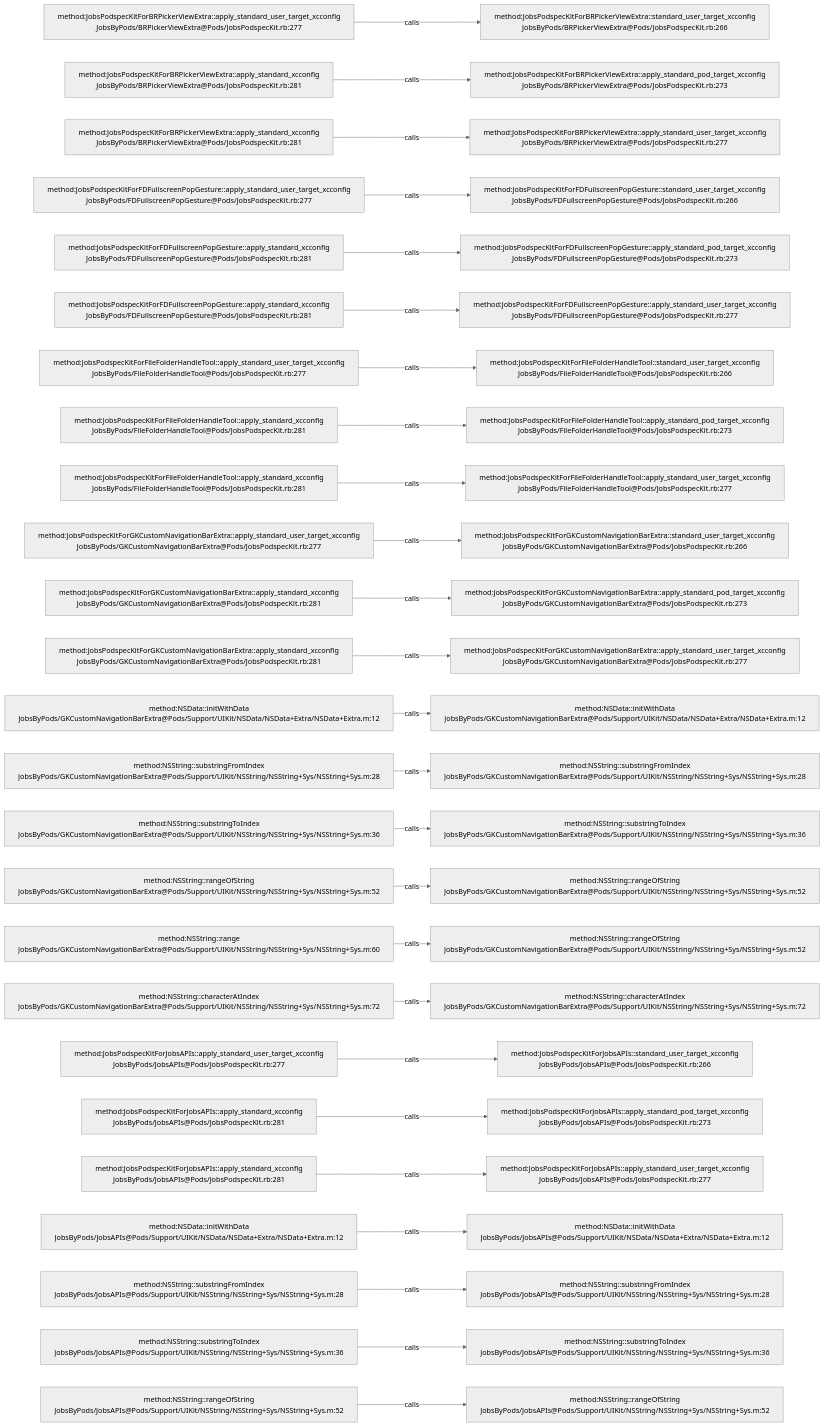
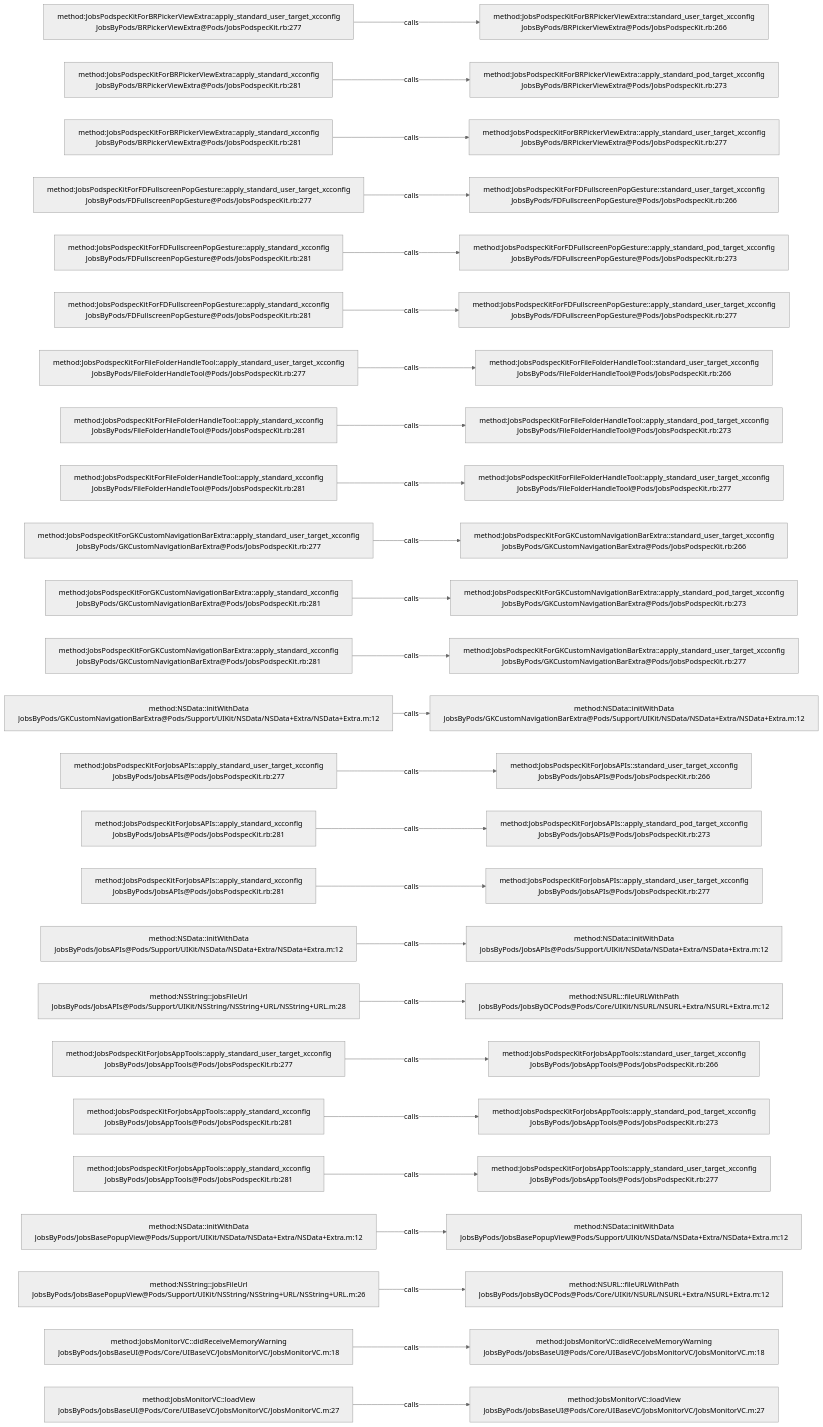
One commit to JobsKits/JobsOCBaseConfigDemo changed the diagram in .codegraph/codegraph.md/graphs/calls-001.md. Above: the diagram before and after it, drawn with Mermaid (neutral theme). The commit also changed 1448 other files, not shown here.

````diff
--- a/.codegraph/codegraph.md/graphs/calls-001.md
+++ b/.codegraph/codegraph.md/graphs/calls-001.md
@@ -13,78 +13,78 @@
 ```mermaid
 flowchart LR
   S1["method:JobsPodspecKitForBRPickerViewExtra::apply_standard_user_target_xcconfig<br/>JobsByPods/BRPickerViewExtra@Pods/JobsPodspecKit.rb:277"]
   T1["method:JobsPodspecKitForBRPickerViewExtra::standard_user_target_xcconfig<br/>JobsByPods/BRPickerViewExtra@Pods/JobsPodspecKit.rb:266"]
   S1 -->|calls| T1
   S2["method:JobsPodspecKitForBRPickerViewExtra::apply_standard_xcconfig<br/>JobsByPods/BRPickerViewExtra@Pods/JobsPodspecKit.rb:281"]
   T2["method:JobsPodspecKitForBRPickerViewExtra::apply_standard_pod_target_xcconfig<br/>JobsByPods/BRPickerViewExtra@Pods/JobsPodspecKit.rb:273"]
   S2 -->|calls| T2
   S3["method:JobsPodspecKitForBRPickerViewExtra::apply_standard_xcconfig<br/>JobsByPods/BRPickerViewExtra@Pods/JobsPodspecKit.rb:281"]
   T3["method:JobsPodspecKitForBRPickerViewExtra::apply_standard_user_target_xcconfig<br/>JobsByPods/BRPickerViewExtra@Pods/JobsPodspecKit.rb:277"]
   S3 -->|calls| T3
   S4["method:JobsPodspecKitForFDFullscreenPopGesture::apply_standard_user_target_xcconfig<br/>JobsByPods/FDFullscreenPopGesture@Pods/JobsPodspecKit.rb:277"]
   T4["method:JobsPodspecKitForFDFullscreenPopGesture::standard_user_target_xcconfig<br/>JobsByPods/FDFullscreenPopGesture@Pods/JobsPodspecKit.rb:266"]
   S4 -->|calls| T4
   S5["method:JobsPodspecKitForFDFullscreenPopGesture::apply_standard_xcconfig<br/>JobsByPods/FDFullscreenPopGesture@Pods/JobsPodspecKit.rb:281"]
   T5["method:JobsPodspecKitForFDFullscreenPopGesture::apply_standard_pod_target_xcconfig<br/>JobsByPods/FDFullscreenPopGesture@Pods/JobsPodspecKit.rb:273"]
   S5 -->|calls| T5
   S6["method:JobsPodspecKitForFDFullscreenPopGesture::apply_standard_xcconfig<br/>JobsByPods/FDFullscreenPopGesture@Pods/JobsPodspecKit.rb:281"]
   T6["method:JobsPodspecKitForFDFullscreenPopGesture::apply_standard_user_target_xcconfig<br/>JobsByPods/FDFullscreenPopGesture@Pods/JobsPodspecKit.rb:277"]
   S6 -->|calls| T6
   S7["method:JobsPodspecKitForFileFolderHandleTool::apply_standard_user_target_xcconfig<br/>JobsByPods/FileFolderHandleTool@Pods/JobsPodspecKit.rb:277"]
   T7["method:JobsPodspecKitForFileFolderHandleTool::standard_user_target_xcconfig<br/>JobsByPods/FileFolderHandleTool@Pods/JobsPodspecKit.rb:266"]
   S7 -->|calls| T7
   S8["method:JobsPodspecKitForFileFolderHandleTool::apply_standard_xcconfig<br/>JobsByPods/FileFolderHandleTool@Pods/JobsPodspecKit.rb:281"]
   T8["method:JobsPodspecKitForFileFolderHandleTool::apply_standard_pod_target_xcconfig<br/>JobsByPods/FileFolderHandleTool@Pods/JobsPodspecKit.rb:273"]
   S8 -->|calls| T8
   S9["method:JobsPodspecKitForFileFolderHandleTool::apply_standard_xcconfig<br/>JobsByPods/FileFolderHandleTool@Pods/JobsPodspecKit.rb:281"]
   T9["method:JobsPodspecKitForFileFolderHandleTool::apply_standard_user_target_xcconfig<br/>JobsByPods/FileFolderHandleTool@Pods/JobsPodspecKit.rb:277"]
   S9 -->|calls| T9
   S10["method:JobsPodspecKitForGKCustomNavigationBarExtra::apply_standard_user_target_xcconfig<br/>JobsByPods/GKCustomNavigationBarExtra@Pods/JobsPodspecKit.rb:277"]
   T10["method:JobsPodspecKitForGKCustomNavigationBarExtra::standard_user_target_xcconfig<br/>JobsByPods/GKCustomNavigationBarExtra@Pods/JobsPodspecKit.rb:266"]
   S10 -->|calls| T10
   S11["method:JobsPodspecKitForGKCustomNavigationBarExtra::apply_standard_xcconfig<br/>JobsByPods/GKCustomNavigationBarExtra@Pods/JobsPodspecKit.rb:281"]
   T11["method:JobsPodspecKitForGKCustomNavigationBarExtra::apply_standard_pod_target_xcconfig<br/>JobsByPods/GKCustomNavigationBarExtra@Pods/JobsPodspecKit.rb:273"]
   S11 -->|calls| T11
   S12["method:JobsPodspecKitForGKCustomNavigationBarExtra::apply_standard_xcconfig<br/>JobsByPods/GKCustomNavigationBarExtra@Pods/JobsPodspecKit.rb:281"]
   T12["method:JobsPodspecKitForGKCustomNavigationBarExtra::apply_standard_user_target_xcconfig<br/>JobsByPods/GKCustomNavigationBarExtra@Pods/JobsPodspecKit.rb:277"]
   S12 -->|calls| T12
   S13["method:NSData::initWithData<br/>JobsByPods/GKCustomNavigationBarExtra@Pods/Support/UIKit/NSData/NSData+Extra/NSData+Extra.m:12"]
   T13["method:NSData::initWithData<br/>JobsByPods/GKCustomNavigationBarExtra@Pods/Support/UIKit/NSData/NSData+Extra/NSData+Extra.m:12"]
   S13 -->|calls| T13
-  S14["method:NSString::substringFromIndex<br/>JobsByPods/GKCustomNavigationBarExtra@Pods/Support/UIKit/NSString/NSString+Sys/NSString+Sys.m:28"]
-  T14["method:NSString::substringFromIndex<br/>JobsByPods/GKCustomNavigationBarExtra@Pods/Support/UIKit/NSString/NSString+Sys/NSString+Sys.m:28"]
+  S14["method:JobsPodspecKitForJobsAPIs::apply_standard_user_target_xcconfig<br/>JobsByPods/JobsAPIs@Pods/JobsPodspecKit.rb:277"]
+  T14["method:JobsPodspecKitForJobsAPIs::standard_user_target_xcconfig<br/>JobsByPods/JobsAPIs@Pods/JobsPodspecKit.rb:266"]
   S14 -->|calls| T14
-  S15["method:NSString::substringToIndex<br/>JobsByPods/GKCustomNavigationBarExtra@Pods/Support/UIKit/NSString/NSString+Sys/NSString+Sys.m:36"]
-  T15["method:NSString::substringToIndex<br/>JobsByPods/GKCustomNavigationBarExtra@Pods/Support/UIKit/NSString/NSString+Sys/NSString+Sys.m:36"]
+  S15["method:JobsPodspecKitForJobsAPIs::apply_standard_xcconfig<br/>JobsByPods/JobsAPIs@Pods/JobsPodspecKit.rb:281"]
+  T15["method:JobsPodspecKitForJobsAPIs::apply_standard_pod_target_xcconfig<br/>JobsByPods/JobsAPIs@Pods/JobsPodspecKit.rb:273"]
   S15 -->|calls| T15
-  S16["method:NSString::rangeOfString<br/>JobsByPods/GKCustomNavigationBarExtra@Pods/Support/UIKit/NSString/NSString+Sys/NSString+Sys.m:52"]
-  T16["method:NSString::rangeOfString<br/>JobsByPods/GKCustomNavigationBarExtra@Pods/Support/UIKit/NSString/NSString+Sys/NSString+Sys.m:52"]
+  S16["method:JobsPodspecKitForJobsAPIs::apply_standard_xcconfig<br/>JobsByPods/JobsAPIs@Pods/JobsPodspecKit.rb:281"]
+  T16["method:JobsPodspecKitForJobsAPIs::apply_standard_user_target_xcconfig<br/>JobsByPods/JobsAPIs@Pods/JobsPodspecKit.rb:277"]
   S16 -->|calls| T16
-  S17["method:NSString::range<br/>JobsByPods/GKCustomNavigationBarExtra@Pods/Support/UIKit/NSString/NSString+Sys/NSString+Sys.m:60"]
-  T17["method:NSString::rangeOfString<br/>JobsByPods/GKCustomNavigationBarExtra@Pods/Support/UIKit/NSString/NSString+Sys/NSString+Sys.m:52"]
+  S17["method:NSData::initWithData<br/>JobsByPods/JobsAPIs@Pods/Support/UIKit/NSData/NSData+Extra/NSData+Extra.m:12"]
+  T17["method:NSData::initWithData<br/>JobsByPods/JobsAPIs@Pods/Support/UIKit/NSData/NSData+Extra/NSData+Extra.m:12"]
   S17 -->|calls| T17
-  S18["method:NSString::characterAtIndex<br/>JobsByPods/GKCustomNavigationBarExtra@Pods/Support/UIKit/NSString/NSString+Sys/NSString+Sys.m:72"]
-  T18["method:NSString::characterAtIndex<br/>JobsByPods/GKCustomNavigationBarExtra@Pods/Support/UIKit/NSString/NSString+Sys/NSString+Sys.m:72"]
+  S18["method:NSString::jobsFileUrl<br/>JobsByPods/JobsAPIs@Pods/Support/UIKit/NSString/NSString+URL/NSString+URL.m:28"]
+  T18["method:NSURL::fileURLWithPath<br/>JobsByPods/JobsByOCPods@Pods/Core/UIKit/NSURL/NSURL+Extra/NSURL+Extra.m:12"]
   S18 -->|calls| T18
-  S19["method:JobsPodspecKitForJobsAPIs::apply_standard_user_target_xcconfig<br/>JobsByPods/JobsAPIs@Pods/JobsPodspecKit.rb:277"]
-  T19["method:JobsPodspecKitForJobsAPIs::standard_user_target_xcconfig<br/>JobsByPods/JobsAPIs@Pods/JobsPodspecKit.rb:266"]
+  S19["method:JobsPodspecKitForJobsAppTools::apply_standard_user_target_xcconfig<br/>JobsByPods/JobsAppTools@Pods/JobsPodspecKit.rb:277"]
+  T19["method:JobsPodspecKitForJobsAppTools::standard_user_target_xcconfig<br/>JobsByPods/JobsAppTools@Pods/JobsPodspecKit.rb:266"]
   S19 -->|calls| T19
-  S20["method:JobsPodspecKitForJobsAPIs::apply_standard_xcconfig<br/>JobsByPods/JobsAPIs@Pods/JobsPodspecKit.rb:281"]
-  T20["method:JobsPodspecKitForJobsAPIs::apply_standard_pod_target_xcconfig<br/>JobsByPods/JobsAPIs@Pods/JobsPodspecKit.rb:273"]
+  S20["method:JobsPodspecKitForJobsAppTools::apply_standard_xcconfig<br/>JobsByPods/JobsAppTools@Pods/JobsPodspecKit.rb:281"]
+  T20["method:JobsPodspecKitForJobsAppTools::apply_standard_pod_target_xcconfig<br/>JobsByPods/JobsAppTools@Pods/JobsPodspecKit.rb:273"]
   S20 -->|calls| T20
-  S21["method:JobsPodspecKitForJobsAPIs::apply_standard_xcconfig<br/>JobsByPods/JobsAPIs@Pods/JobsPodspecKit.rb:281"]
-  T21["method:JobsPodspecKitForJobsAPIs::apply_standard_user_target_xcconfig<br/>JobsByPods/JobsAPIs@Pods/JobsPodspecKit.rb:277"]
+  S21["method:JobsPodspecKitForJobsAppTools::apply_standard_xcconfig<br/>JobsByPods/JobsAppTools@Pods/JobsPodspecKit.rb:281"]
+  T21["method:JobsPodspecKitForJobsAppTools::apply_standard_user_target_xcconfig<br/>JobsByPods/JobsAppTools@Pods/JobsPodspecKit.rb:277"]
   S21 -->|calls| T21
-  S22["method:NSData::initWithData<br/>JobsByPods/JobsAPIs@Pods/Support/UIKit/NSData/NSData+Extra/NSData+Extra.m:12"]
-  T22["method:NSData::initWithData<br/>JobsByPods/JobsAPIs@Pods/Support/UIKit/NSData/NSData+Extra/NSData+Extra.m:12"]
+  S22["method:NSData::initWithData<br/>JobsByPods/JobsBasePopupView@Pods/Support/UIKit/NSData/NSData+Extra/NSData+Extra.m:12"]
+  T22["method:NSData::initWithData<br/>JobsByPods/JobsBasePopupView@Pods/Support/UIKit/NSData/NSData+Extra/NSData+Extra.m:12"]
   S22 -->|calls| T22
-  S23["method:NSString::substringFromIndex<br/>JobsByPods/JobsAPIs@Pods/Support/UIKit/NSString/NSString+Sys/NSString+Sys.m:28"]
-  T23["method:NSString::substringFromIndex<br/>JobsByPods/JobsAPIs@Pods/Support/UIKit/NSString/NSString+Sys/NSString+Sys.m:28"]
+  S23["method:NSString::jobsFileUrl<br/>JobsByPods/JobsBasePopupView@Pods/Support/UIKit/NSString/NSString+URL/NSString+URL.m:26"]
+  T23["method:NSURL::fileURLWithPath<br/>JobsByPods/JobsByOCPods@Pods/Core/UIKit/NSURL/NSURL+Extra/NSURL+Extra.m:12"]
   S23 -->|calls| T23
-  S24["method:NSString::substringToIndex<br/>JobsByPods/JobsAPIs@Pods/Support/UIKit/NSString/NSString+Sys/NSString+Sys.m:36"]
-  T24["method:NSString::substringToIndex<br/>JobsByPods/JobsAPIs@Pods/Support/UIKit/NSString/NSString+Sys/NSString+Sys.m:36"]
+  S24["method:JobsMonitorVC::didReceiveMemoryWarning<br/>JobsByPods/JobsBaseUI@Pods/Core/UIBaseVC/JobsMonitorVC/JobsMonitorVC.m:18"]
+  T24["method:JobsMonitorVC::didReceiveMemoryWarning<br/>JobsByPods/JobsBaseUI@Pods/Core/UIBaseVC/JobsMonitorVC/JobsMonitorVC.m:18"]
   S24 -->|calls| T24
-  S25["method:NSString::rangeOfString<br/>JobsByPods/JobsAPIs@Pods/Support/UIKit/NSString/NSString+Sys/NSString+Sys.m:52"]
-  T25["method:NSString::rangeOfString<br/>JobsByPods/JobsAPIs@Pods/Support/UIKit/NSString/NSString+Sys/NSString+Sys.m:52"]
+  S25["method:JobsMonitorVC::loadView<br/>JobsByPods/JobsBaseUI@Pods/Core/UIBaseVC/JobsMonitorVC/JobsMonitorVC.m:27"]
+  T25["method:JobsMonitorVC::loadView<br/>JobsByPods/JobsBaseUI@Pods/Core/UIBaseVC/JobsMonitorVC/JobsMonitorVC.m:27"]
   S25 -->|calls| T25
 ```
````
